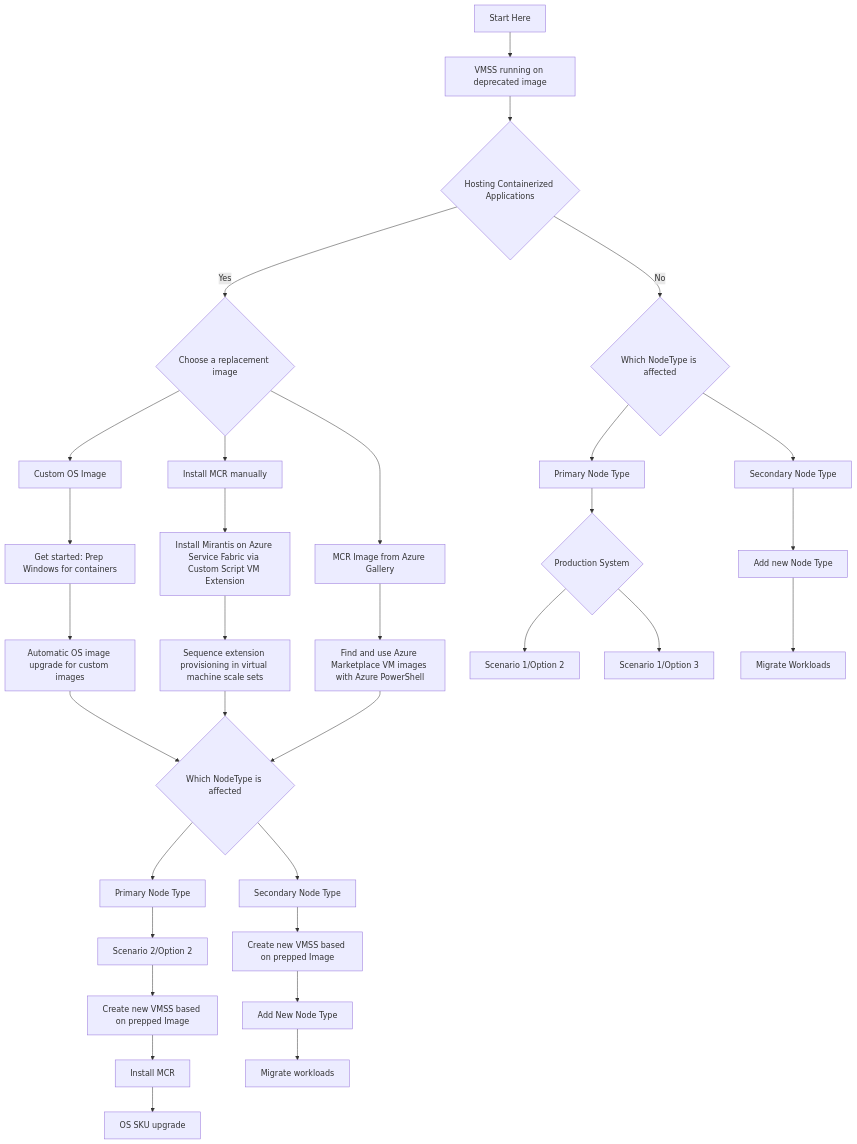
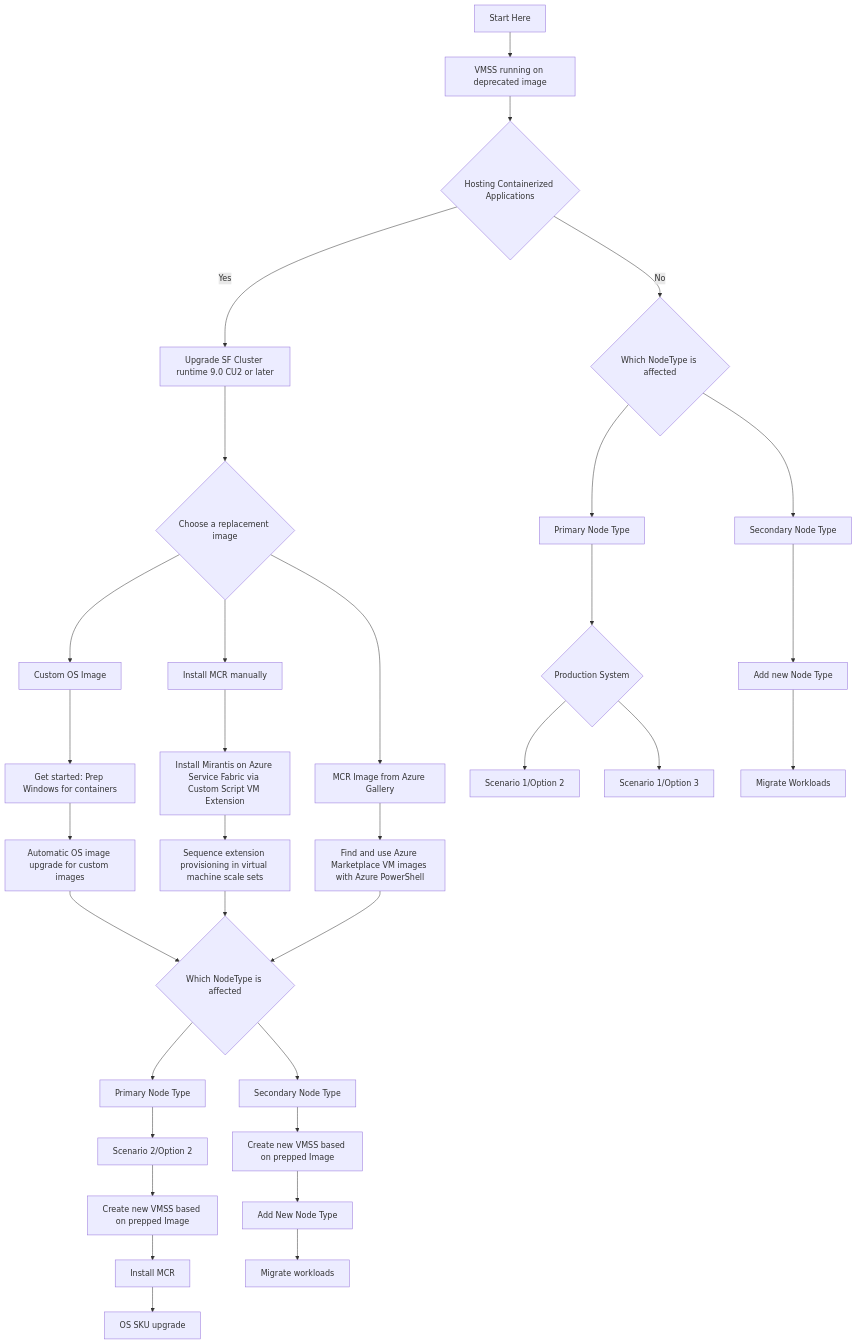
The diagram in Deployment/MirantisDecisionGraph.md (Azure/Service-Fabric-Troubleshooting-Guides), drawn with Mermaid before and after one commit.

````diff
--- a/Deployment/MirantisDecisionGraph.md
+++ b/Deployment/MirantisDecisionGraph.md
@@ -5,29 +5,29 @@
 ```mermaid
 graph TD;
     A[Start Here] --> Decision1[VMSS running on deprecated image] 
     Decision1 --> HostingContainerDecision{Hosting Containerized Applications}    
-    HostingContainerDecision -->|Yes| PickReplacementOption{Choose a replacement image}
+    HostingContainerDecision -->|Yes| UpgradeRuntime[Upgrade SF Cluster runtime 9.0 CU2 or later] --> PickReplacementOption{Choose a replacement image}
     HostingContainerDecision -->|No| NodeTypeDecision2{Which NodeType is affected}
     PickReplacementOption --> CustomOSImage[Custom OS Image]    
     PickReplacementOption --> ManualInstallImage[Install MCR manually]
     PickReplacementOption --> MirantisGalleryImage[MCR Image from Azure Gallery]
     CustomOSImage --> PrepNewImageStep1[Get started: Prep Windows for containers] --> NewImageIsPrepped1[Automatic OS image upgrade for custom images]
     ManualInstallImage --> ManualInstallStep1[Install Mirantis on Azure Service Fabric via Custom Script VM Extension] --> NewImageIsPrepped2[Sequence extension provisioning in virtual machine scale sets]
     MirantisGalleryImage --> NewImageIsPrepped3[Find and use Azure Marketplace VM images with Azure PowerShell]
     NewImageIsPrepped1 --> NodeTypeDecision1{Which NodeType is affected}
     NewImageIsPrepped2 --> NodeTypeDecision1{Which NodeType is affected}
     NewImageIsPrepped3 --> NodeTypeDecision1{Which NodeType is affected}
     NodeTypeDecision1 --> YesHostingContainersPrimary[Primary Node Type]
     NodeTypeDecision1 --> YesHostingContainersSecondary[Secondary Node Type]
     NodeTypeDecision2 --> NoHostingContainersPrimary[Primary Node Type]
     NodeTypeDecision2 --> NoHostingContainersSecondary[Secondary Node Type]
     NoHostingContainersPrimary --> IsProductionDecision{Production System}
     IsProductionDecision --> K[Scenario 1/Option 2]
     IsProductionDecision --> L[Scenario 1/Option 3]
     NoHostingContainersSecondary --> AddNodeType1[Add new Node Type]
     AddNodeType1 --> MigrateWorkloads1[Migrate Workloads]
     YesHostingContainersPrimary --> HostingPrepImagePrimary[Scenario 2/Option 2]
     HostingPrepImagePrimary --> HostingPrepImagePrimaryStep1[Create new VMSS based on prepped Image] --> HostingPrepImagePrimaryStep2[Install MCR] --> HostingPrepImagePrimaryStep3[OS SKU upgrade]
     YesHostingContainersSecondary --> HostingPrepImageSecondaryStep1[Create new VMSS based on prepped Image] --> AddNodeType2[Add New Node Type]
     AddNodeType2 --> MigrateWorkloads2[Migrate workloads]
 ```
````
